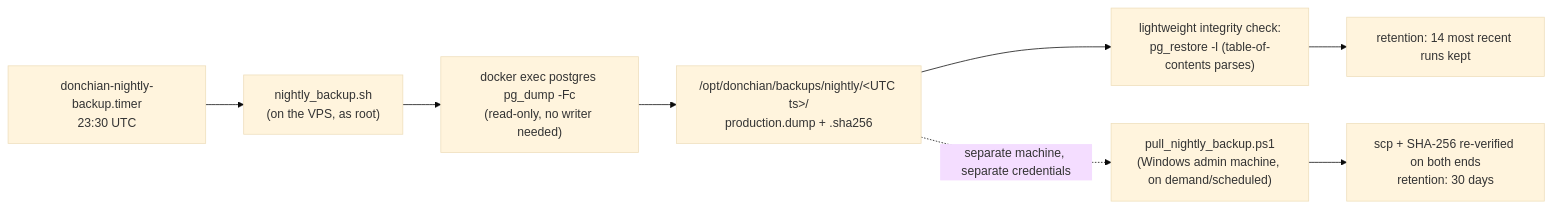
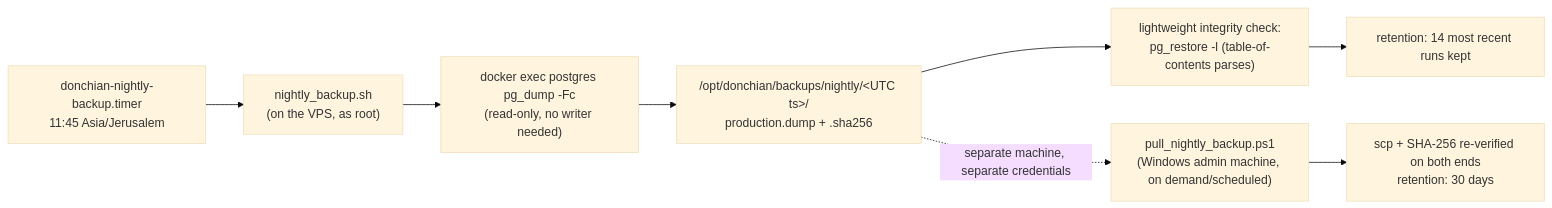
Before and after one commit to danielbugi/wolfx_alpha: the diagram in docs/operations/BACKUPS.md, drawn with Mermaid (base theme). The commit also changed other lines of this file and 4 other files, not shown here.

First line of the commit message:
ops(backup): nightly backup timer 23:30 UTC -> 11:45 Asia/Jerusalem (applied 2026-10-15), with the day-by-day timeline analysis and test

````diff
--- a/docs/operations/BACKUPS.md
+++ b/docs/operations/BACKUPS.md
@@ -13,10 +13,10 @@
 ```mermaid
 flowchart LR
-    A["donchian-nightly-backup.timer<br/>23:30 UTC"] --> B["nightly_backup.sh<br/>(on the VPS, as root)"]
+    A["donchian-nightly-backup.timer<br/>11:45 Asia/Jerusalem"] --> B["nightly_backup.sh<br/>(on the VPS, as root)"]
     B --> C["docker exec postgres pg_dump -Fc<br/>(read-only, no writer needed)"]
     C --> D["/opt/donchian/backups/nightly/&lt;UTC ts&gt;/<br/>production.dump + .sha256"]
     D --> E["lightweight integrity check:<br/>pg_restore -l (table-of-contents parses)"]
     E --> F["retention: 14 most recent runs kept"]
     D -.->|separate machine, separate credentials| G["pull_nightly_backup.ps1<br/>(Windows admin machine, on demand/scheduled)"]
     G --> H["scp + SHA-256 re-verified on both ends<br/>retention: 30 days"]
 ```
````
